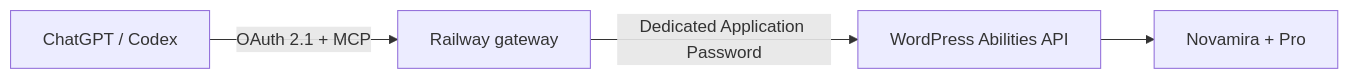
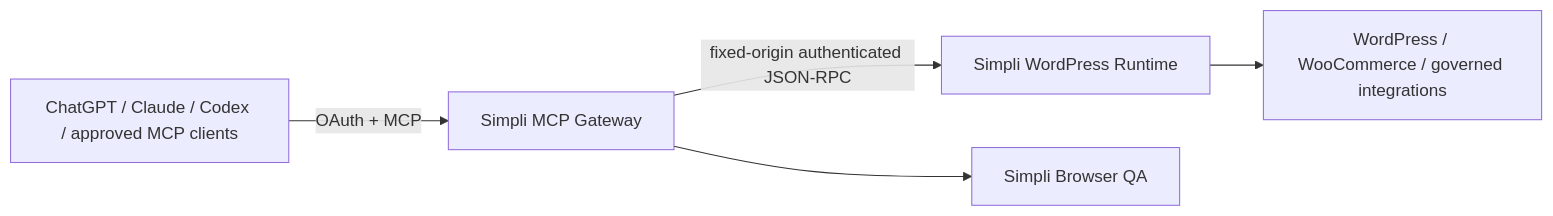
Before and after one commit to jaymoxke/simpli-wordpress-mcp: the diagram in README.md, drawn with Mermaid. The commit also changed other lines of this file, not shown here.

Commit message:
v3: replace Novamira-centric architecture documentation

````diff
--- a/README.md
+++ b/README.md
@@ -36,6 +9,7 @@
 ```mermaid
 flowchart LR
-    C["ChatGPT / Codex"] -->|"OAuth 2.1 + MCP"| R["Railway gateway"]
-    R -->|"Dedicated Application Password"| W["WordPress Abilities API"]
-    W --> N["Novamira + Pro"]
+    C["ChatGPT / Claude / Codex / approved MCP clients"] -->|"OAuth + MCP"| G["Simpli MCP Gateway"]
+    G -->|"fixed-origin authenticated JSON-RPC"| W["Simpli WordPress Runtime"]
+    W --> WP["WordPress / WooCommerce / governed integrations"]
+    G --> B["Simpli Browser QA"]
 ```
````
